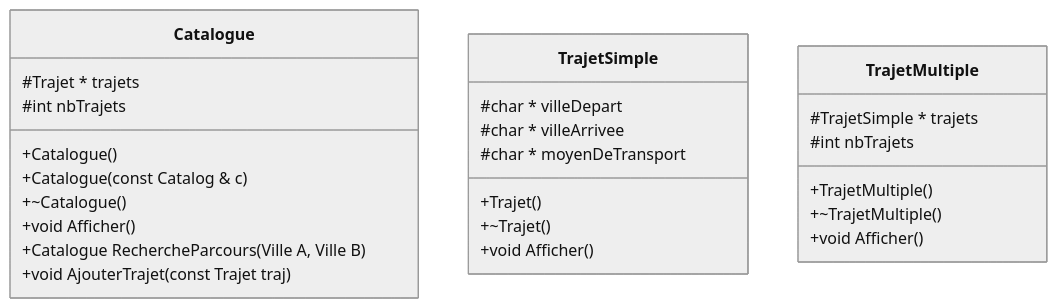
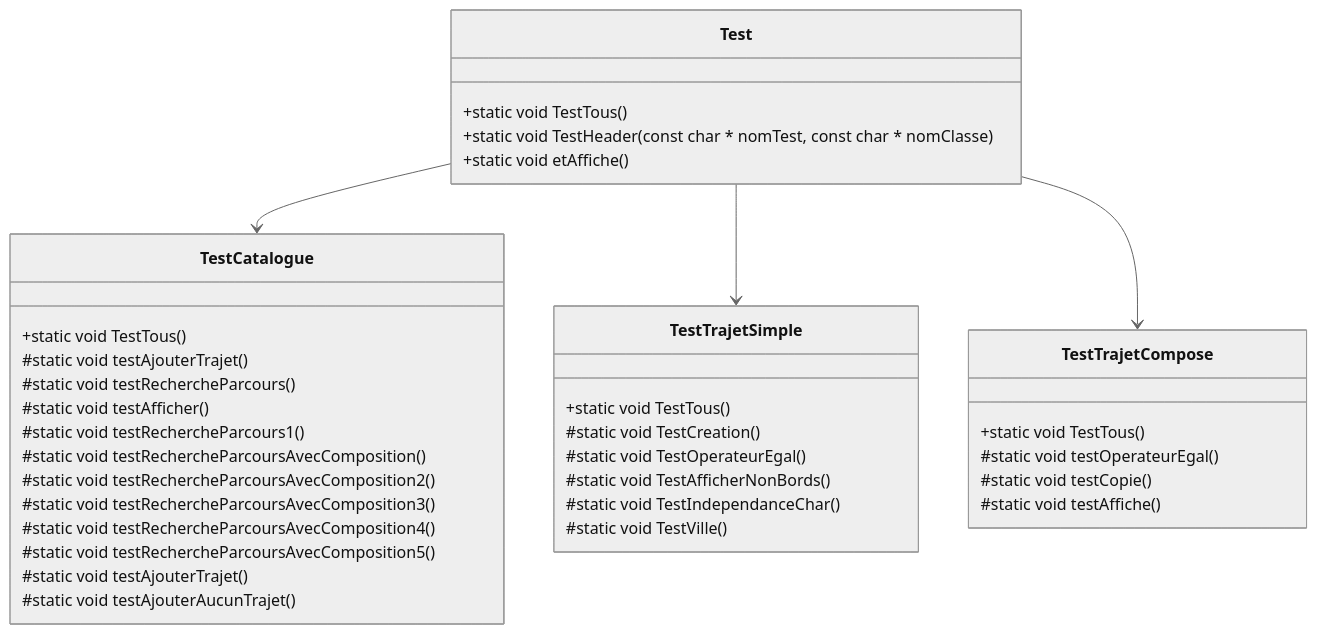
The first of 3 diagrams in README.md (hugo-b-r/CPP-TP2), drawn with Mermaid (neutral theme) before and after one commit. The commit also changed other lines of this file, not shown here.

````diff
--- a/README.md
+++ b/README.md
@@ -7,36 +9,39 @@
 ```mermaid
-
 classDiagram
-    class Catalogue {
-        #Trajet * trajets
-        #int nbTrajets
-        
-        +Catalogue()
-        +Catalogue(const Catalog & c)
-        +~Catalogue()
-        +void Afficher()
-        +Catalogue RechercheParcours(Ville A, Ville B)
-        +void AjouterTrajet(const Trajet traj)
+    class Test{
+        +static void TestTous()
+        +static void TestHeader(const char * nomTest, const char * nomClasse)
+        +static void etAffiche()
     }
-
-    class TrajetSimple {
-        #char * villeDepart
-        #char * villeArrivee
-        #char * moyenDeTransport
-
-        +Trajet()
-        +~Trajet()
-        +void Afficher()
+    Test --> TestCatalogue
+    Test --> TestTrajetSimple
+    Test --> TestTrajetCompose
+    class TestCatalogue {
+        +static void TestTous()
+        #static void testAjouterTrajet()
+        #static void testRechercheParcours()
+        #static void testAfficher()
+        #static void testRechercheParcours1()
+        #static void testRechercheParcoursAvecComposition()
+        #static void testRechercheParcoursAvecComposition2()
+        #static void testRechercheParcoursAvecComposition3()
+        #static void testRechercheParcoursAvecComposition4()
+        #static void testRechercheParcoursAvecComposition5()
+        #static void testAjouterTrajet()
+        #static void testAjouterAucunTrajet()
     }
-
-    class TrajetMultiple {
-        #TrajetSimple * trajets
-        #int nbTrajets
-
-        +TrajetMultiple()
-        +~TrajetMultiple()
-        +void Afficher()
+    class TestTrajetCompose {
+        +static void TestTous()
+        #static void testOperateurEgal()
+        #static void testCopie()
+        #static void testAffiche()
     }
-
-
+    class TestTrajetSimple {
+        +static void TestTous()
+        #static void TestCreation()
+        #static void TestOperateurEgal()
+        #static void TestAfficherNonBords()
+        #static void TestIndependanceChar()
+        #static void TestVille()
+    }
 ```
````
